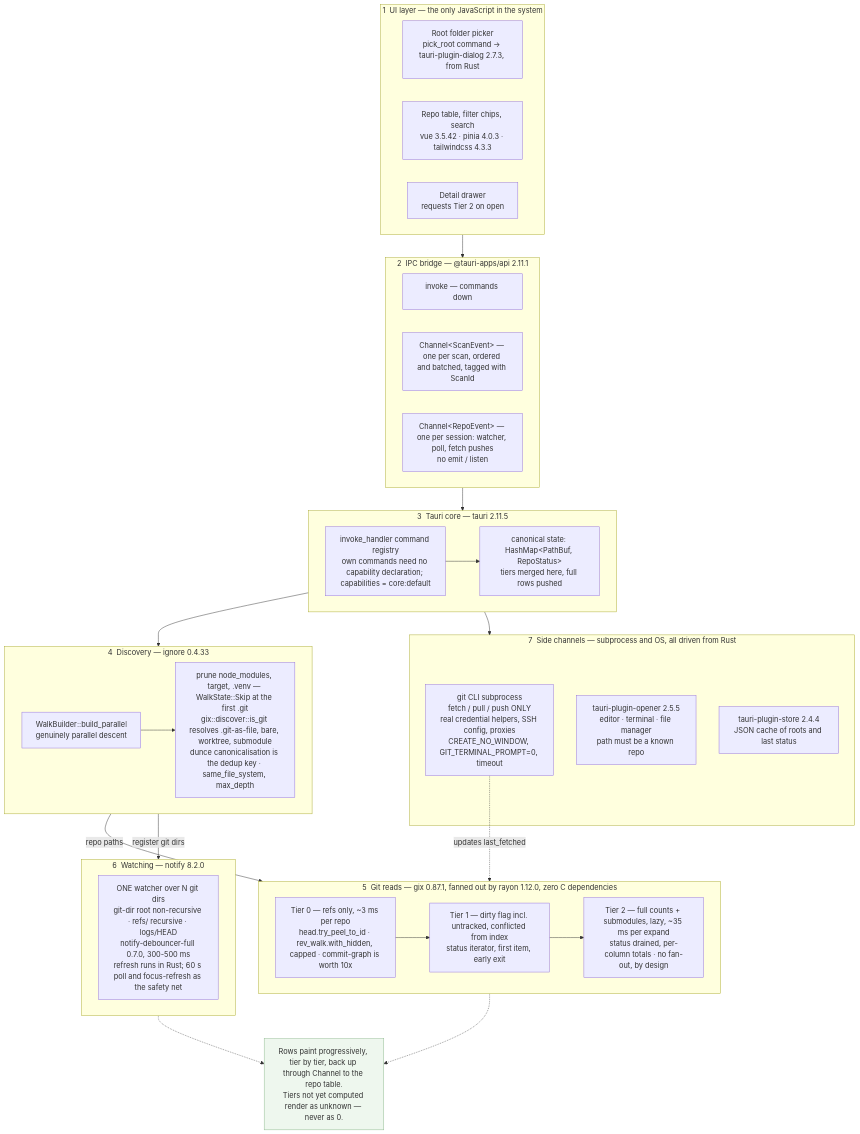
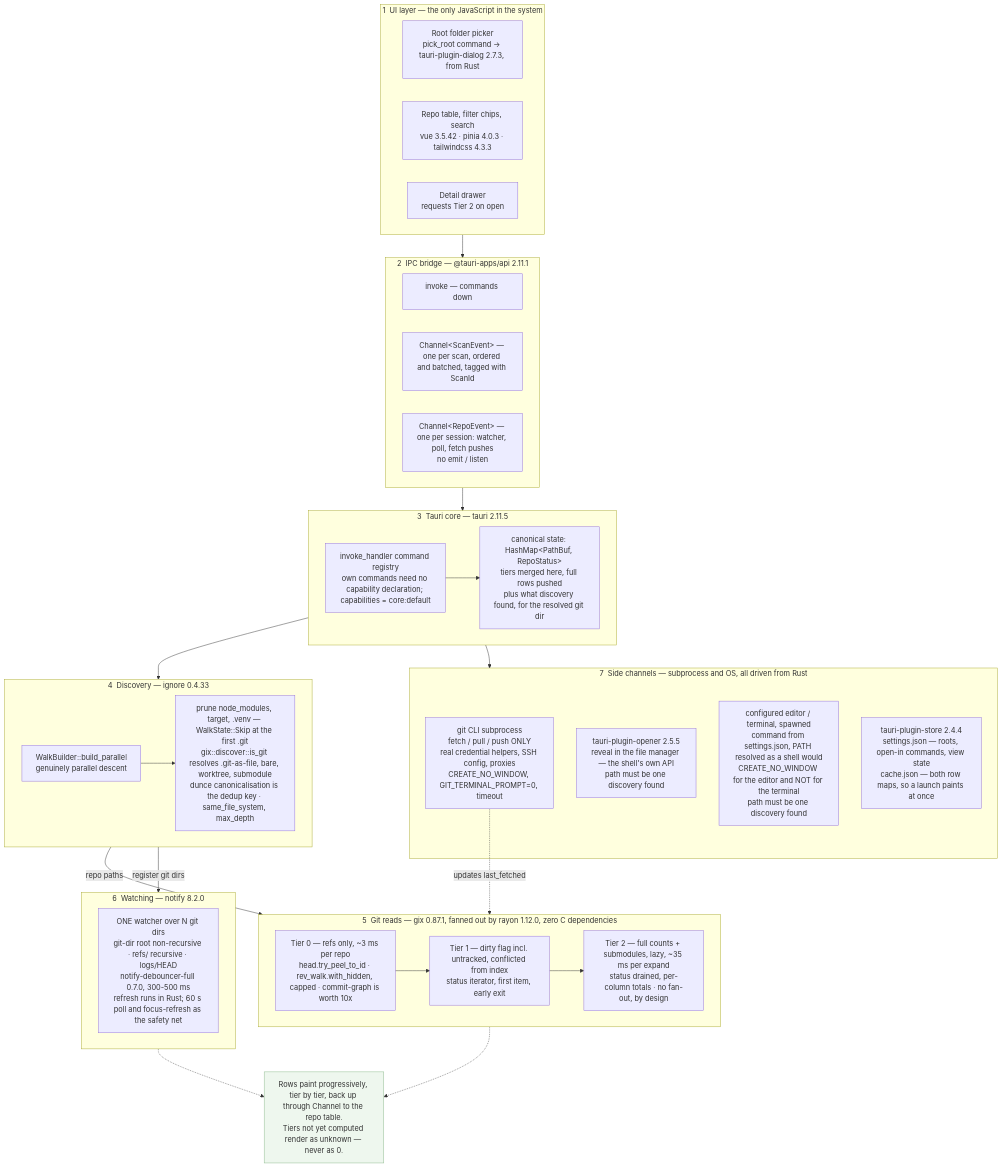
The diagram in README.md (b-meyer/repo-viewer), drawn with Mermaid before and after one commit. The commit also changed other lines of this file and 43 other files, not shown here.

````diff
--- a/README.md
+++ b/README.md
@@ -29,58 +29,59 @@
 ```mermaid
 flowchart TB
     subgraph L1["1 &nbsp;UI layer &mdash; the only JavaScript in the system"]
         L1A["Root folder picker<br/>pick_root command &rarr; tauri-plugin-dialog 2.7.3, from Rust"]
         L1B["Repo table, filter chips, search<br/>vue 3.5.42 &middot; pinia 4.0.3 &middot; tailwindcss 4.3.3"]
         L1C["Detail drawer<br/>requests Tier 2 on open"]
     end
 
     subgraph L2["2 &nbsp;IPC bridge &mdash; @tauri-apps/api 2.11.1"]
         L2A["invoke &mdash; commands down"]
         L2B["Channel&lt;ScanEvent&gt; &mdash; one per scan, ordered and batched, tagged with ScanId"]
         L2C["Channel&lt;RepoEvent&gt; &mdash; one per session: watcher, poll, fetch pushes<br/>no emit / listen"]
     end
 
     subgraph L3["3 &nbsp;Tauri core &mdash; tauri 2.11.5"]
         L3A["invoke_handler command registry<br/>own commands need no capability declaration; capabilities = core:default"]
-        L3B["canonical state: HashMap&lt;PathBuf, RepoStatus&gt;<br/>tiers merged here, full rows pushed"]
+        L3B["canonical state: HashMap&lt;PathBuf, RepoStatus&gt;<br/>tiers merged here, full rows pushed<br/>plus what discovery found, for the resolved git dir"]
     end
 
     subgraph L4["4 &nbsp;Discovery &mdash; ignore 0.4.33"]
         L4A["WalkBuilder::build_parallel<br/>genuinely parallel descent"]
         L4B["prune node_modules, target, .venv &mdash; WalkState::Skip at the first .git<br/>gix::discover::is_git resolves .git-as-file, bare, worktree, submodule<br/>dunce canonicalisation is the dedup key &middot; same_file_system, max_depth"]
     end
 
     subgraph L5["5 &nbsp;Git reads &mdash; gix 0.87.1, fanned out by rayon 1.12.0, zero C dependencies"]
         L5A["Tier 0 &mdash; refs only, ~3 ms per repo<br/>head.try_peel_to_id &middot; rev_walk.with_hidden, capped &middot; commit-graph is worth 10x"]
         L5B["Tier 1 &mdash; dirty flag incl. untracked, conflicted from index<br/>status iterator, first item, early exit"]
         L5C["Tier 2 &mdash; full counts + submodules, lazy, ~35 ms per expand<br/>status drained, per-column totals &middot; no fan-out, by design"]
     end
 
     subgraph L6["6 &nbsp;Watching &mdash; notify 8.2.0"]
         L6A["ONE watcher over N git dirs<br/>git-dir root non-recursive &middot; refs/ recursive &middot; logs/HEAD<br/>notify-debouncer-full 0.7.0, 300-500 ms<br/>refresh runs in Rust; 60 s poll and focus-refresh as the safety net"]
     end
 
     subgraph L7["7 &nbsp;Side channels &mdash; subprocess and OS, all driven from Rust"]
         L7A["git CLI subprocess<br/>fetch / pull / push ONLY<br/>real credential helpers, SSH config, proxies<br/>CREATE_NO_WINDOW, GIT_TERMINAL_PROMPT=0, timeout"]
-        L7B["tauri-plugin-opener 2.5.5<br/>editor &middot; terminal &middot; file manager<br/>path must be a known repo"]
-        L7C["tauri-plugin-store 2.4.4<br/>JSON cache of roots and last status"]
+        L7B["tauri-plugin-opener 2.5.5<br/>reveal in the file manager &mdash; the shell's own API<br/>path must be one discovery found"]
+        L7C["configured editor / terminal, spawned<br/>command from settings.json, PATH resolved as a shell would<br/>CREATE_NO_WINDOW for the editor and NOT for the terminal<br/>path must be one discovery found"]
+        L7D["tauri-plugin-store 2.4.4<br/>settings.json &mdash; roots, open-in commands, view state<br/>cache.json &mdash; both row maps, so a launch paints at once"]
     end
 
     OUT["Rows paint progressively, tier by tier, back up through Channel to the repo table.<br/>Tiers not yet computed render as unknown &mdash; never as 0."]
 
     L1 --> L2
     L2 --> L3
     L3A --> L3B
     L3 --> L4
     L3 --> L7
     L4A --> L4B
     L4 -->|"repo paths"| L5
     L4 -->|"register git dirs"| L6
     L5A --> L5B
     L5B --> L5C
     L5 -.-> OUT
     L6 -.-> OUT
     L7A -.->|"updates last_fetched"| L5
 
     style OUT fill:#eef7ee,stroke:#8bb88b
 ```
````
